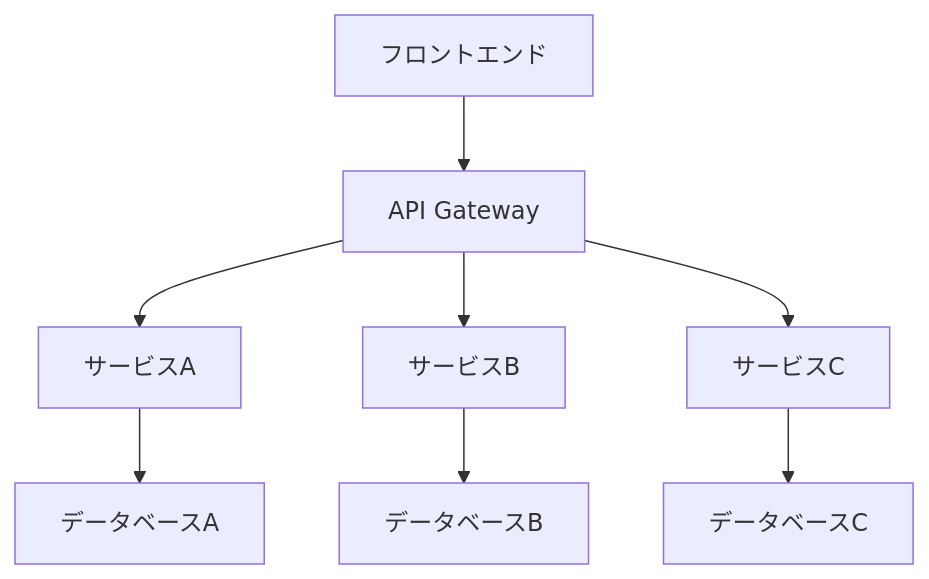
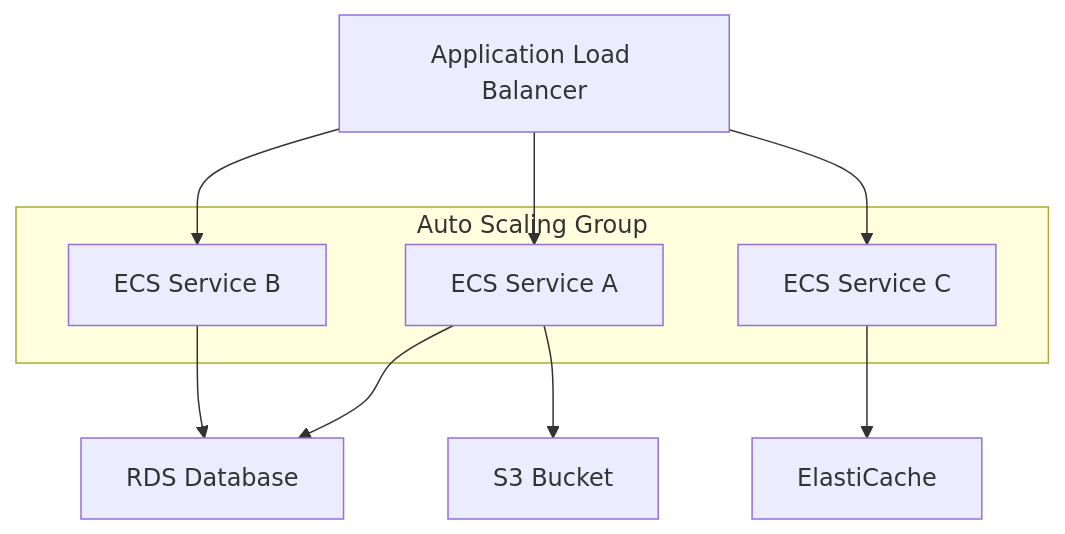
The diagram in ecspresso/practical/large-scale.md (bufferings/devin-docs), drawn with Mermaid before and after one commit. The commit also changed other lines of this file and 29 other files, not shown here.

````diff
--- a/ecspresso/practical/large-scale.md
+++ b/ecspresso/practical/large-scale.md
@@ -16,10 +169,15 @@
 ```mermaid
 graph TD
-    A[フロントエンド] --> B[API Gateway]
-    B --> C[サービスA]
-    B --> D[サービスB]
-    B --> E[サービスC]
-    C --> F[データベースA]
-    D --> G[データベースB]
-    E --> H[データベースC]
+    A[Application Load Balancer] --> B[ECS Service A]
+    A --> C[ECS Service B]
+    A --> D[ECS Service C]
+    B --> E[RDS Database]
+    C --> E
+    D --> F[ElastiCache]
+    B --> G[S3 Bucket]
+    subgraph "Auto Scaling Group"
+    B
+    C
+    D
+    end
 ```
````
